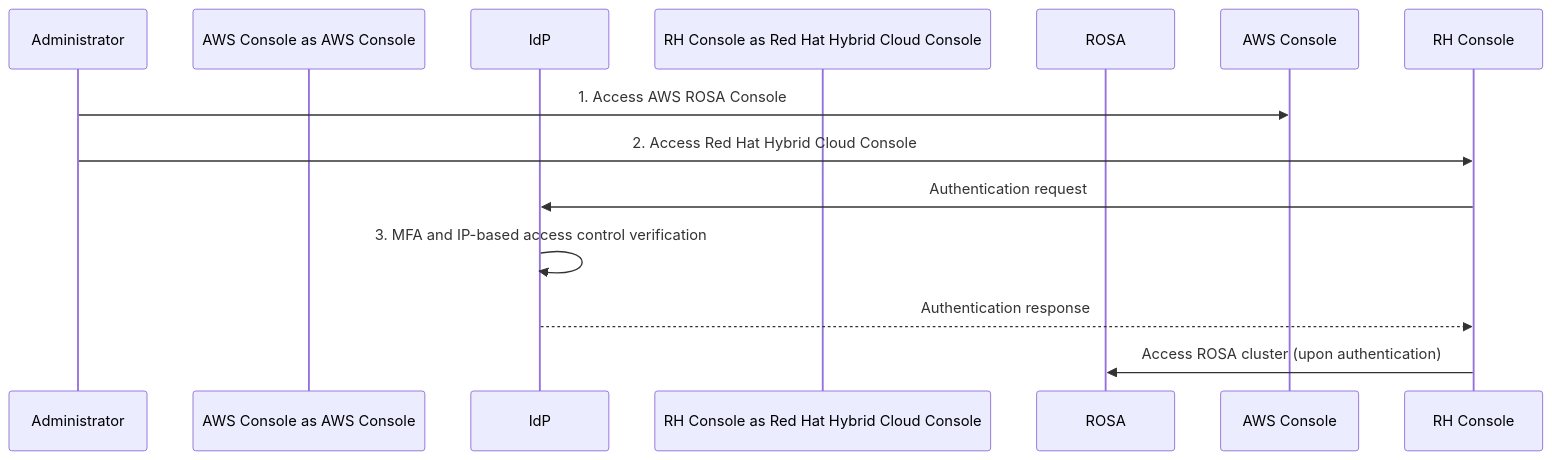
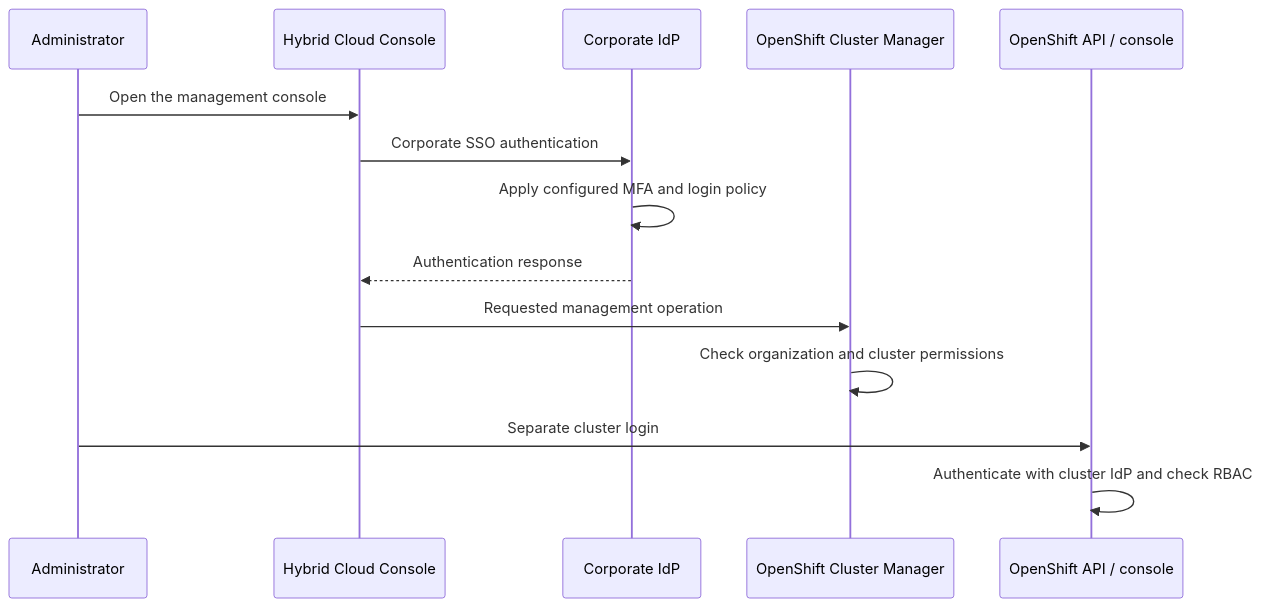
The first of 2 diagrams in i18n/en/docusaurus-plugin-content-docs/current/rosa/rosa-security-compliance.md (devfloor9/engineering-playbook), drawn with Mermaid before and after one commit. The commit also changed other lines of this file and 5 other files, not shown here.

Commit message:
docs: clarify ROSA ownership, access controls and demo prerequisites (#90)

````diff
--- a/i18n/en/docusaurus-plugin-content-docs/current/rosa/rosa-security-compliance.md
+++ b/i18n/en/docusaurus-plugin-content-docs/current/rosa/rosa-security-compliance.md
@@ -74,15 +68,16 @@
 ```mermaid
 sequenceDiagram
-    participant Admin as Administrator
-    participant AWS Console as AWS Console
-    participant IdP as IdP
-    participant RH Console as Red Hat Hybrid Cloud Console
-    participant ROSA
-
-    Admin->>AWS Console: 1. Access AWS ROSA Console
-    Admin->>RH Console: 2. Access Red Hat Hybrid Cloud Console
-    RH Console->>IdP: Authentication request
-    IdP->>IdP: 3. MFA and IP-based access control verification
-    IdP-->>RH Console: Authentication response
-    RH Console->>ROSA: Access ROSA cluster (upon authentication)
+    participant A as Administrator
+    participant H as Hybrid Cloud Console
+    participant I as Corporate IdP
+    participant O as OpenShift Cluster Manager
+    participant C as OpenShift API / console
+    A->>H: Open the management console
+    H->>I: Corporate SSO authentication
+    I->>I: Apply configured MFA and login policy
+    I-->>H: Authentication response
+    H->>O: Requested management operation
+    O->>O: Check organization and cluster permissions
+    A->>C: Separate cluster login
+    C->>C: Authenticate with cluster IdP and check RBAC
 ```
````
